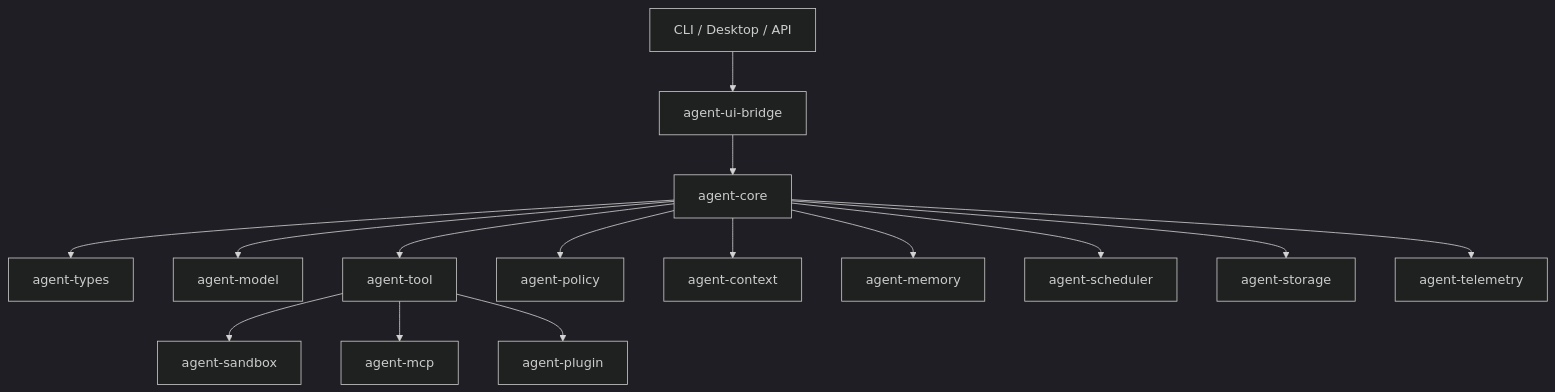
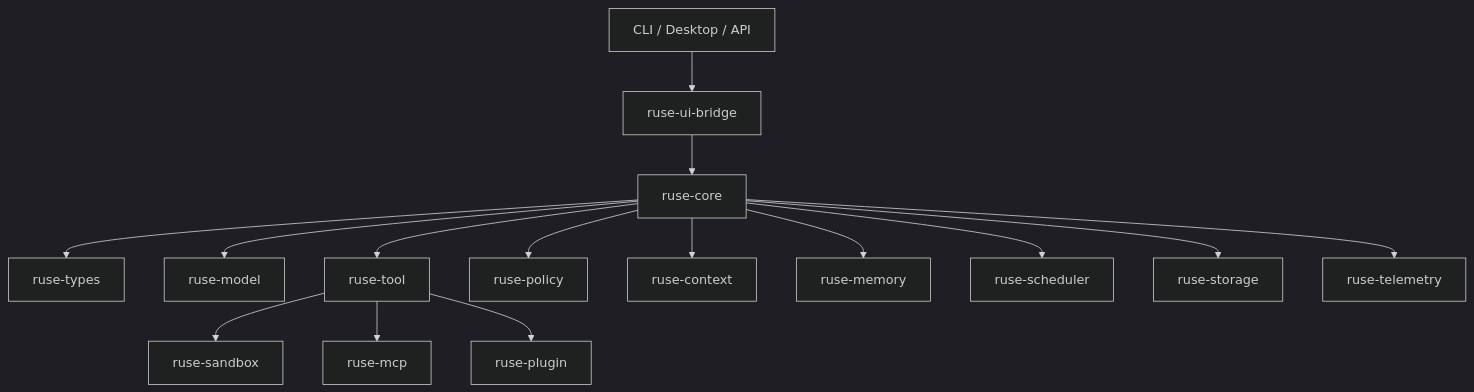
The diagram in docs/architecture/README.md (poneding/agent), drawn with Mermaid (dark theme) before and after one commit. The commit also changed 2091 other files, not shown here.

First line of the commit message:
refactor: rename agent branding to ruse

````diff
--- a/docs/architecture/README.md
+++ b/docs/architecture/README.md
@@ -19,17 +19,17 @@
 ```mermaid
 flowchart TD
-  UI[CLI / Desktop / API] --> Bridge[agent-ui-bridge]
-  Bridge --> Core[agent-core]
-  Core --> Types[agent-types]
-  Core --> Model[agent-model]
-  Core --> Tool[agent-tool]
-  Core --> Policy[agent-policy]
-  Core --> Context[agent-context]
-  Core --> Memory[agent-memory]
-  Core --> Scheduler[agent-scheduler]
-  Core --> Storage[agent-storage]
-  Tool --> Sandbox[agent-sandbox]
-  Tool --> MCP[agent-mcp]
-  Tool --> Plugin[agent-plugin]
-  Core --> Telemetry[agent-telemetry]
+  UI[CLI / Desktop / API] --> Bridge[ruse-ui-bridge]
+  Bridge --> Core[ruse-core]
+  Core --> Types[ruse-types]
+  Core --> Model[ruse-model]
+  Core --> Tool[ruse-tool]
+  Core --> Policy[ruse-policy]
+  Core --> Context[ruse-context]
+  Core --> Memory[ruse-memory]
+  Core --> Scheduler[ruse-scheduler]
+  Core --> Storage[ruse-storage]
+  Tool --> Sandbox[ruse-sandbox]
+  Tool --> MCP[ruse-mcp]
+  Tool --> Plugin[ruse-plugin]
+  Core --> Telemetry[ruse-telemetry]
 ```
````
